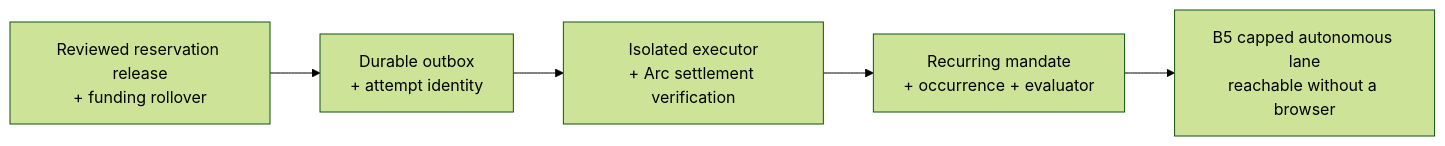
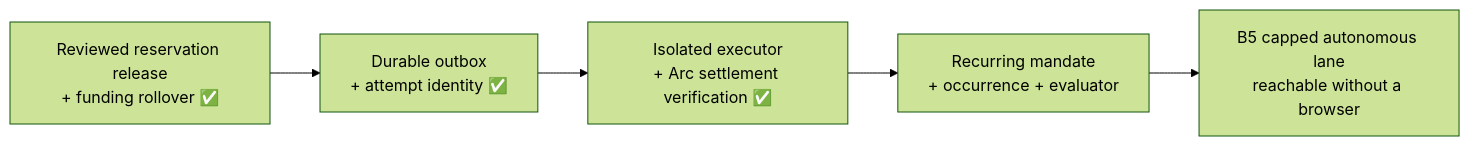
Before and after one commit to koamishin/EduFlow: the sixth of 6 diagrams in PLAN.md, drawn with Mermaid (forest theme). The commit also changed other lines of this file and 15 other files, not shown here.

````diff
--- a/PLAN.md
+++ b/PLAN.md
@@ -2997,7 +3038,7 @@
 ```mermaid
 flowchart LR
-    A[Reviewed reservation release<br/>+ funding rollover] --> B[Durable outbox<br/>+ attempt identity]
-    B --> C[Isolated executor<br/>+ Arc settlement verification]
+    A[Reviewed reservation release<br/>+ funding rollover ✅] --> B[Durable outbox<br/>+ attempt identity ✅]
+    B --> C[Isolated executor<br/>+ Arc settlement verification ✅]
     C --> D[Recurring mandate<br/>+ occurrence + evaluator]
     D --> E[B5 capped autonomous lane<br/>reachable without a browser]
 ```
````
